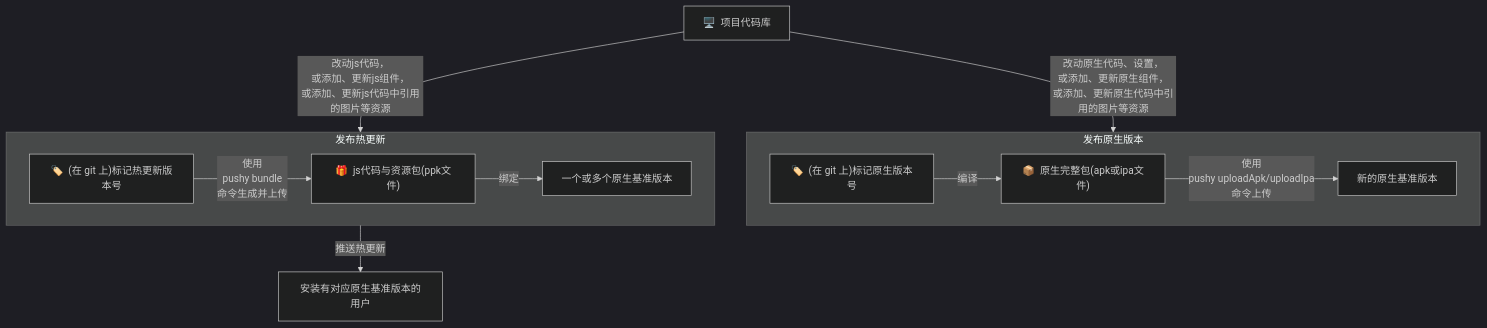
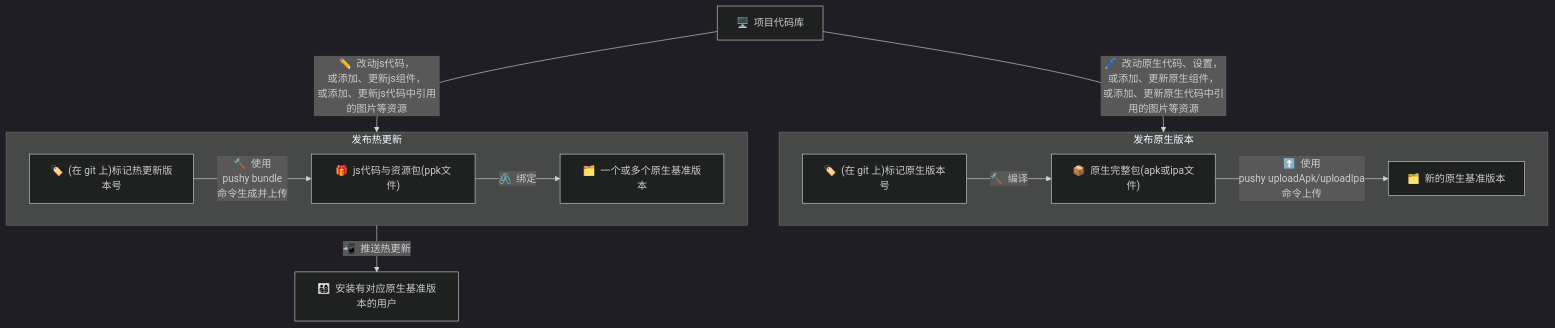
The diagram in site/docs/workflow.md (reactnativecn/pushy-site), drawn with Mermaid (dark theme) before and after one commit.

Commit message:
Update workflow

````diff
--- a/site/docs/workflow.md
+++ b/site/docs/workflow.md
@@ -7,20 +7,22 @@
 ```mermaid
 flowchart TD
     codebase["🖥️&nbsp;&nbsp;项目代码库"]
     subgraph 发布原生版本
     tagNativeVersion["🏷️&nbsp;&nbsp;(在 git 上)标记原生版本号"]
-    newNativeVersion[新的原生基准版本]
+    newNativeVersion["🗂️&nbsp;&nbsp;新的原生基准版本"]
     nativePackage["📦&nbsp;&nbsp;原生完整包(apk或ipa文件)"]
-    tagNativeVersion--"编译"-->nativePackage
-    nativePackage--"使用<br/>pushy uploadApk/uploadIpa<br/>命令上传"-->newNativeVersion
+    tagNativeVersion--"🔨&nbsp;&nbsp;编译"-->nativePackage
+    nativePackage--"⬆️&nbsp;&nbsp;使用<br/>pushy uploadApk/uploadIpa<br/>命令上传"-->newNativeVersion
     end
     subgraph 发布热更新
     tagBundleVersion["🏷️&nbsp;&nbsp;(在 git 上)标记热更新版本号"]
     bundlePackage["🎁&nbsp;&nbsp;js代码与资源包(ppk文件)"]
-    tagBundleVersion--"使用<br/>pushy bundle<br/>命令生成并上传"-->bundlePackage
-    bundlePackage--"绑定"-->一个或多个原生基准版本
+    tagBundleVersion--"🔨&nbsp;&nbsp;使用<br/>pushy bundle<br/>命令生成并上传"-->bundlePackage
+    someNativeVersions["🗂️&nbsp;&nbsp;一个或多个原生基准版本"]
+    bundlePackage--"🖇️&nbsp;&nbsp;绑定"-->someNativeVersions
     end
-    codebase--"改动js代码，<br/>或添加、更新js组件，<br/>或添加、更新js代码中引用的图片等资源"-->发布热更新
-    codebase--"改动原生代码、设置，<br/>或添加、更新原生组件，<br/>或添加、更新原生代码中引用的图片等资源"-->发布原生版本
-    发布热更新--"推送热更新"-->安装有对应原生基准版本的用户
+    user["👨‍👩‍👧‍👦&nbsp;&nbsp;安装有对应原生基准版本的用户"]
+    codebase--"✏️&nbsp;&nbsp;改动js代码，<br/>或添加、更新js组件，<br/>或添加、更新js代码中引用的图片等资源"-->发布热更新
+    codebase--"🖊️&nbsp;&nbsp;改动原生代码、设置，<br/>或添加、更新原生组件，<br/>或添加、更新原生代码中引用的图片等资源"-->发布原生版本
+    发布热更新--"📲&nbsp;&nbsp;推送热更新"-->user
 ```
````
